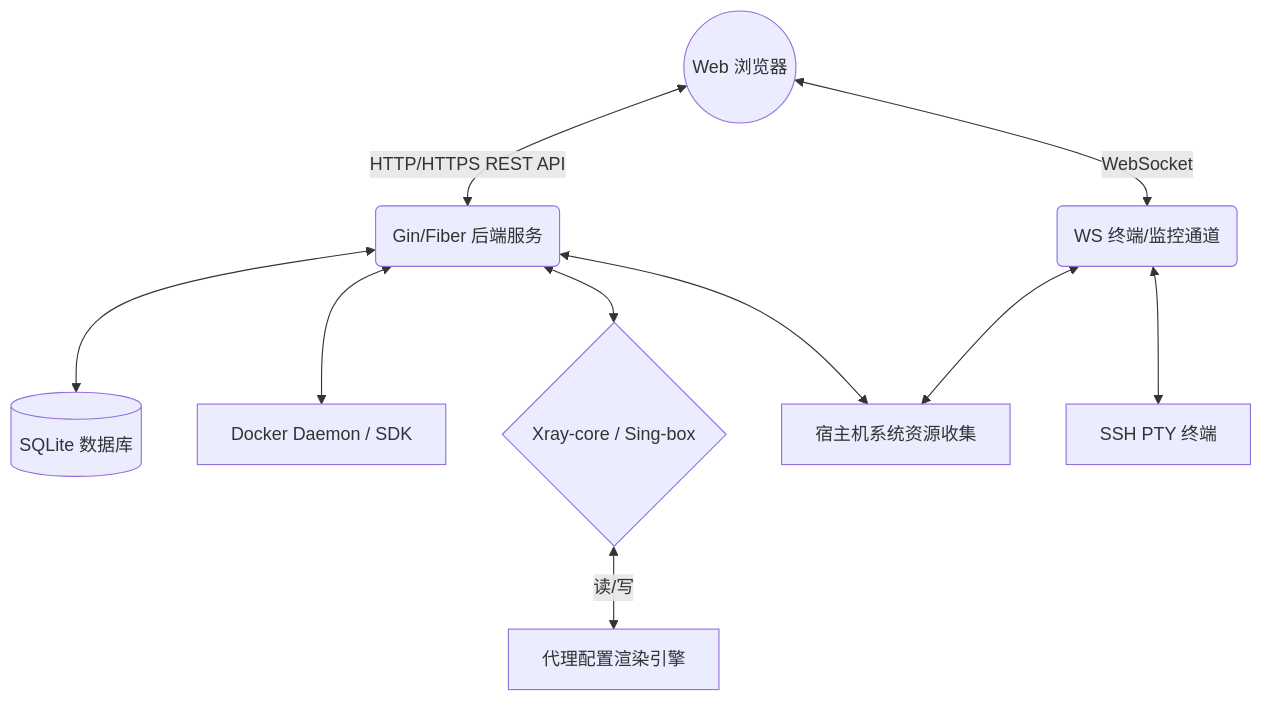
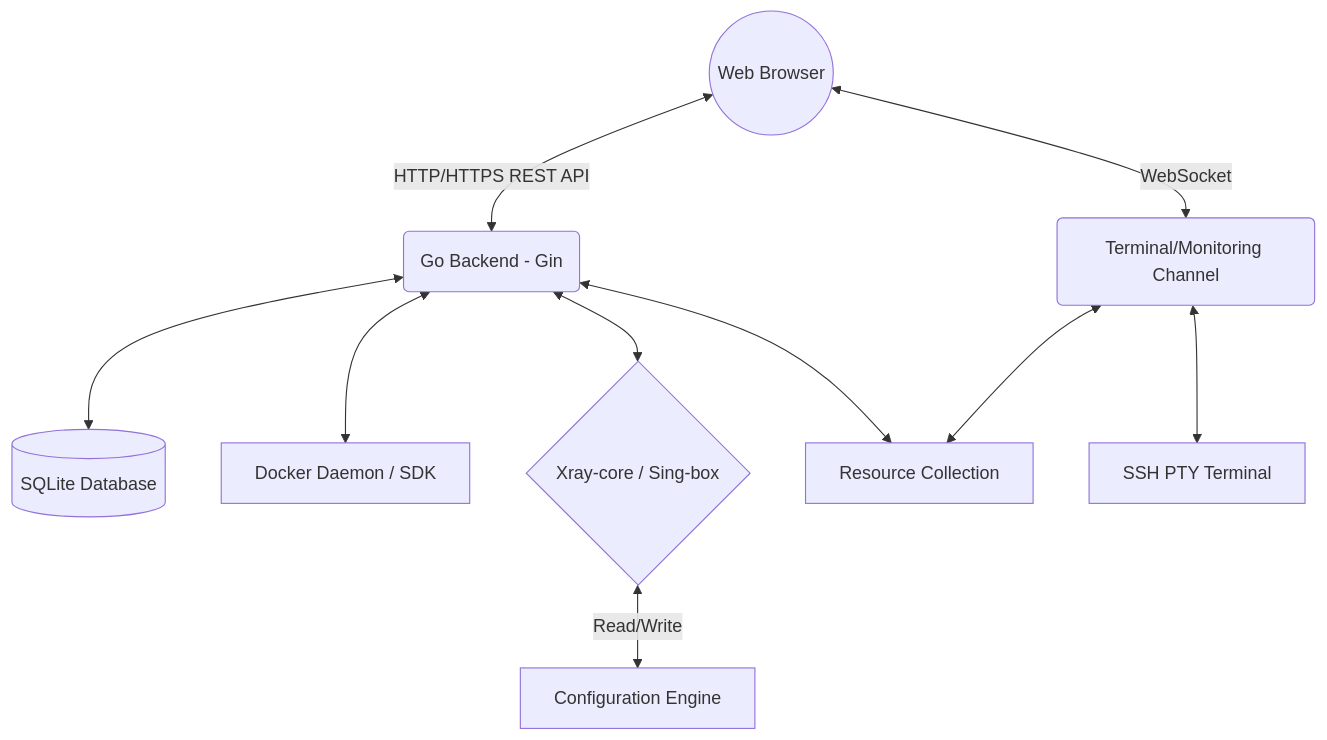
Before and after one commit to harveyxiacn/ZenithPanel: the diagram in docs/design_document.md, drawn with Mermaid. The commit also changed other lines of this file and 7 other files, not shown here.

````diff
--- a/docs/design_document.md
+++ b/docs/design_document.md
@@ -19,12 +21,12 @@
 ```mermaid
 graph TD;
-    Client((Web 浏览器)) <-->|HTTP/HTTPS REST API| API_Server(Gin/Fiber 后端服务)
-    Client <-->|WebSocket| WS_Manager(WS 终端/监控通道)
-    API_Server <--> DB[(SQLite 数据库)]
+    Client((Web Browser)) <-->|HTTP/HTTPS REST API| API_Server(Go Backend - Gin)
+    Client <-->|WebSocket| WS_Manager(Terminal/Monitoring Channel)
+    API_Server <--> DB[(SQLite Database)]
     API_Server <--> Docker[Docker Daemon / SDK]
     API_Server <--> ProxyCore{Xray-core / Sing-box}
-    API_Server <--> System[宿主机系统资源收集]
+    API_Server <--> System[Resource Collection]
     WS_Manager <--> System
-    WS_Manager <--> PTY[SSH PTY 终端]
-    ProxyCore <-->|读/写| ConfigEngine[代理配置渲染引擎]
+    WS_Manager <--> PTY[SSH PTY Terminal]
+    ProxyCore <-->|Read/Write| ConfigEngine[Configuration Engine]
 ```
````
